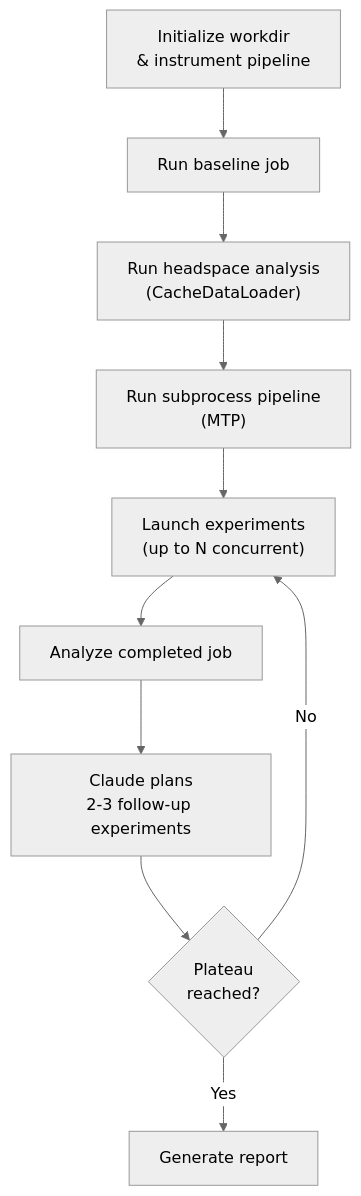
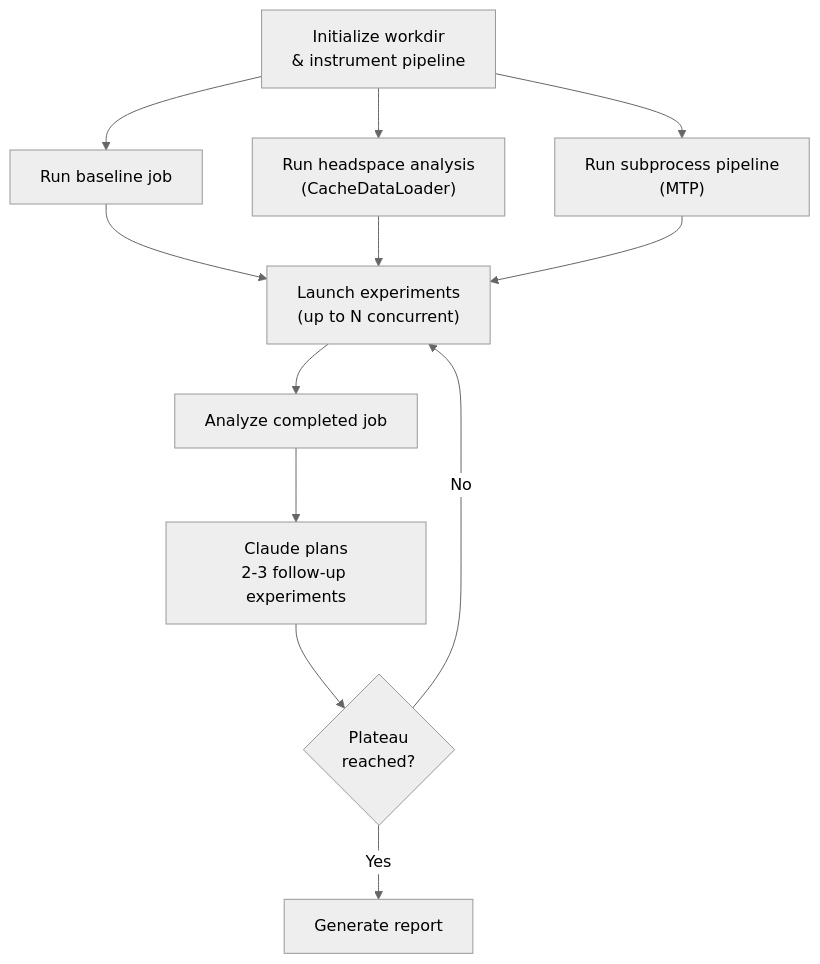
One commit to facebookresearch/spdl changed the first of 2 diagrams in docs/source/optimization_guide/autoresearch.rst. Above: the diagram before and after it, drawn with Mermaid (neutral theme). The commit also changed other lines of this file and 24 other files, not shown here.

```diff
--- a/docs/source/optimization_guide/autoresearch.rst
+++ b/docs/source/optimization_guide/autoresearch.rst
@@ -33,20 +33,24 @@
 .. mermaid::
 
    flowchart TB
        Init["Initialize workdir\n& instrument pipeline"]
        Baseline["Run baseline job"]
        Headspace["Run headspace analysis\n(CacheDataLoader)"]
        MTP["Run subprocess pipeline\n(MTP)"]
        Analyze["Analyze completed job"]
        Plan["Claude plans\n2-3 follow-up experiments"]
        Launch["Launch experiments\n(up to N concurrent)"]
        Stop{"Plateau\nreached?"}
        Report["Generate report"]
 
-       Init --> Baseline --> Headspace --> MTP
+       Init --> Baseline
+       Init --> Headspace
+       Init --> MTP
+       Baseline --> Launch
+       Headspace --> Launch
        MTP --> Launch
        Launch --> Analyze
        Analyze --> Plan
        Plan --> Stop
        Stop -- No --> Launch
        Stop -- Yes --> Report
```
